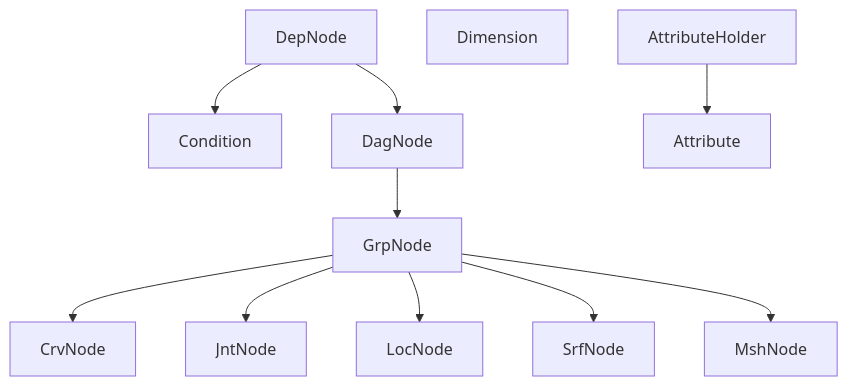
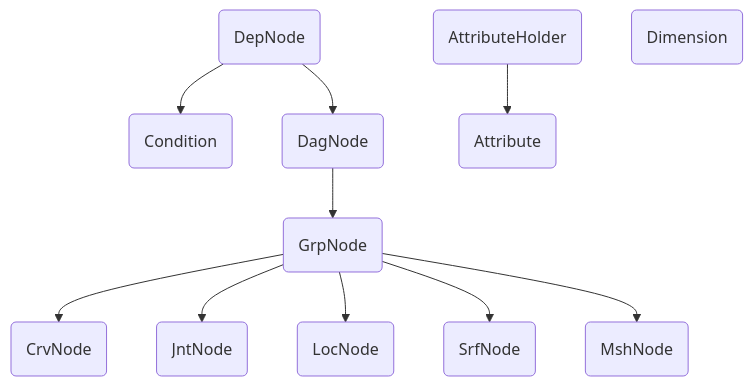
One commit to nickyliux/nl_rigging_tools changed the first of 2 diagrams in README.md. Above: the diagram before and after it, drawn with Mermaid. The commit also changed other lines of this file and 15 other files, not shown here.

````diff
--- a/README.md
+++ b/README.md
@@ -90,14 +91,13 @@
 ```mermaid
 flowchart
-    DepNode --> Condition
-    DepNode --> DagNode
-    DagNode --> GrpNode
-    GrpNode --> CrvNode
-    GrpNode --> JntNode
-    GrpNode --> LocNode
-    GrpNode --> SrfNode
-    GrpNode --> MshNode
-
-    Dimension
-    AttributeHolder --> Attribute
+    id10(DepNode) --> id11(Condition)
+    id10(DepNode) --> id12(DagNode)
+    id12(DagNode) --> id1(GrpNode)
+    id1(GrpNode) --> id2(CrvNode)
+    id1(GrpNode) --> id3(JntNode)
+    id1(GrpNode) --> id4(LocNode)
+    id1(GrpNode) --> id5(SrfNode)
+    id1(GrpNode) --> id6(MshNode)
+    id8(AttributeHolder) --> id9(Attribute)
+    id7(Dimension)
 ```
````
